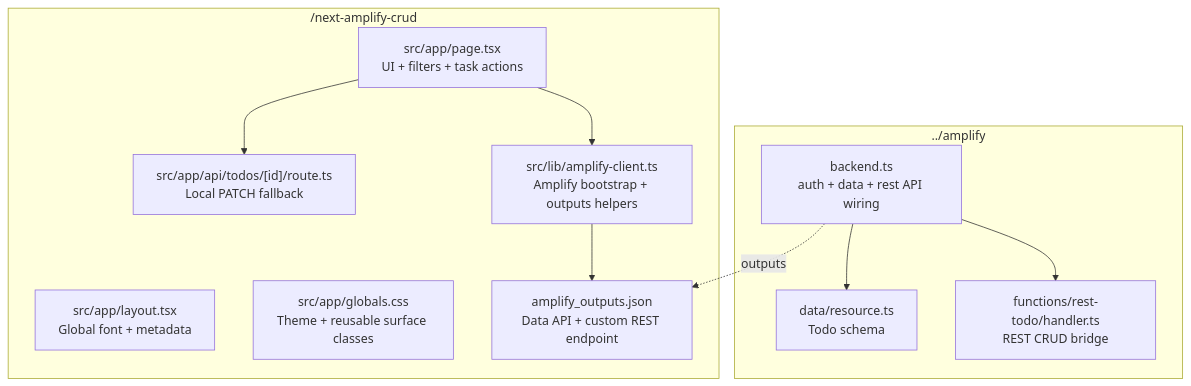
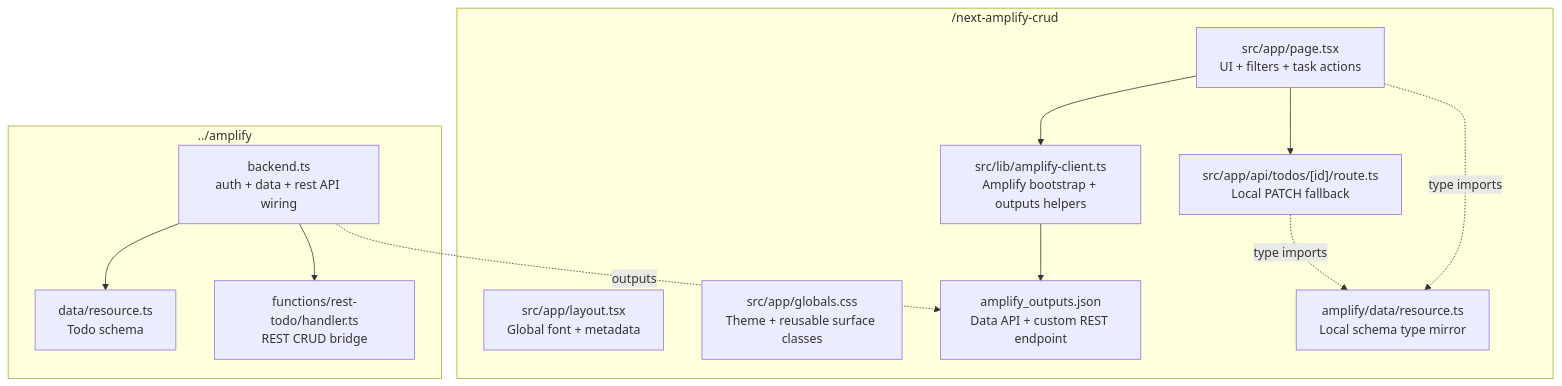
Before and after one commit to kalpana-gif/Amplify-Codex-To-Do: the second of 5 diagrams in docs/ARCHITECTURE.md, drawn with Mermaid. The commit also changed other lines of this file and 2 other files, not shown here.

````diff
--- a/docs/ARCHITECTURE.md
+++ b/docs/ARCHITECTURE.md
@@ -36,24 +36,27 @@
 ```mermaid
 flowchart TB
     subgraph Frontend["/next-amplify-crud"]
       P1["src/app/page.tsx\nUI + filters + task actions"]
       P2["src/app/api/todos/[id]/route.ts\nLocal PATCH fallback"]
       P3["src/lib/amplify-client.ts\nAmplify bootstrap + outputs helpers"]
       P4["src/app/layout.tsx\nGlobal font + metadata"]
       P5["src/app/globals.css\nTheme + reusable surface classes"]
       P6["amplify_outputs.json\nData API + custom REST endpoint"]
+      P7["amplify/data/resource.ts\nLocal schema type mirror"]
     end
 
     subgraph Backend["../amplify"]
       B1["data/resource.ts\nTodo schema"]
       B2["backend.ts\nauth + data + rest API wiring"]
       B3["functions/rest-todo/handler.ts\nREST CRUD bridge"]
     end
 
     P1 --> P3
     P1 --> P2
+    P1 -.type imports.-> P7
+    P2 -.type imports.-> P7
     P3 --> P6
     B2 --> B1
     B2 --> B3
     B2 -.outputs.-> P6
 ```
````
